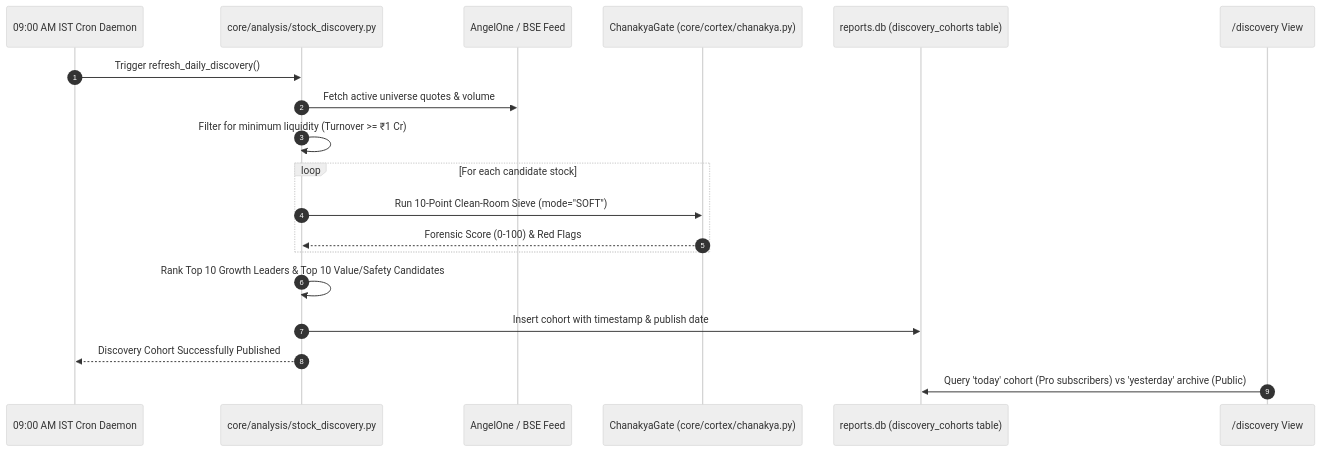
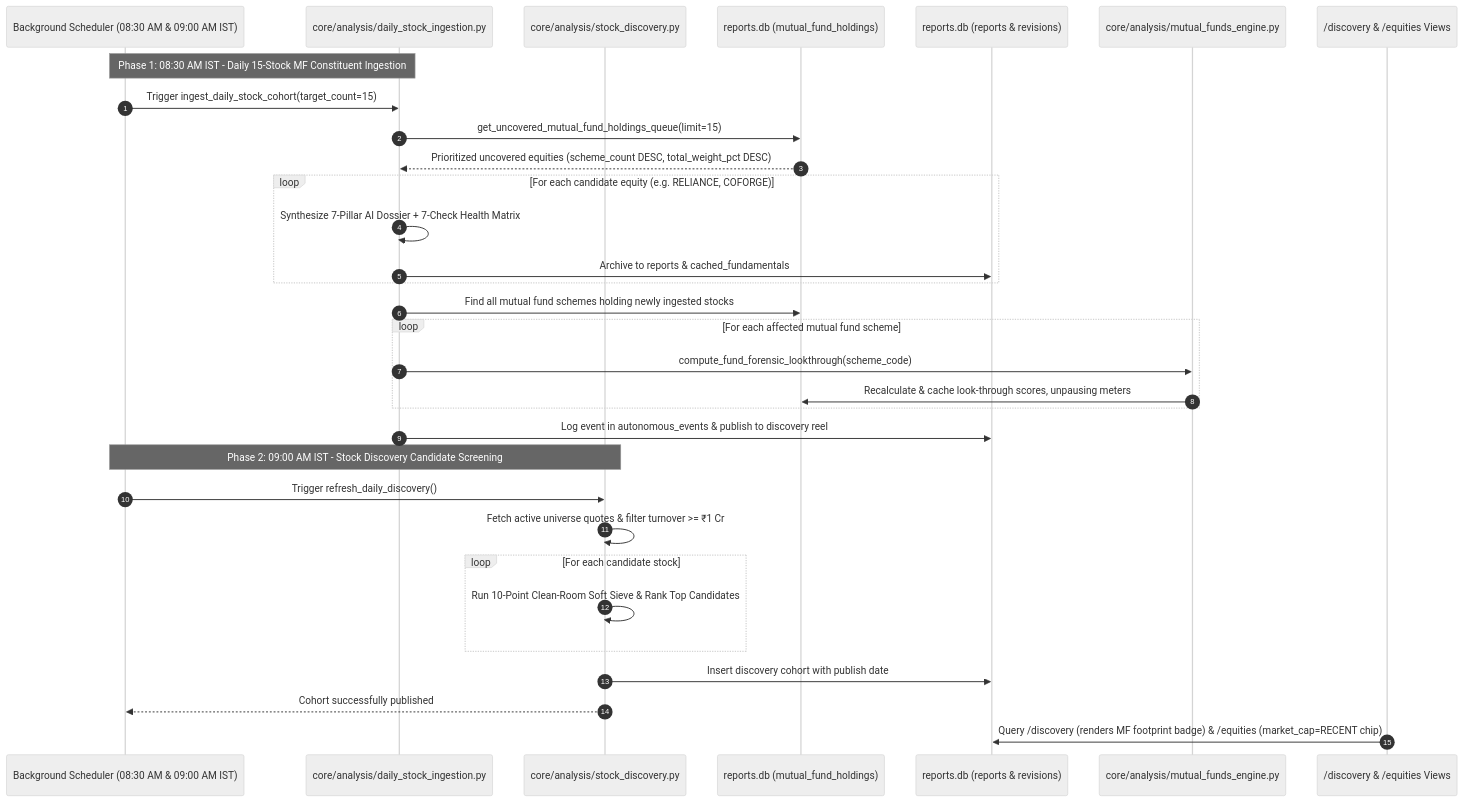
Before and after one commit to jaktheripper-bot/Stock_Research_App: the second of 3 diagrams in .antigravity/docs/EVALUATION_FRAMEWORKS.md, drawn with Mermaid (neutral theme). The commit also changed other lines of this file and 10 other files, not shown here.

Commit message:
feat(ingestion): implement daily 15-stock ingestion pipeline, mutual fund coverage saturation, and incremental look-through recalculation

````diff
--- a/.antigravity/docs/EVALUATION_FRAMEWORKS.md
+++ b/.antigravity/docs/EVALUATION_FRAMEWORKS.md
@@ -88,22 +91,37 @@
 ```mermaid
 sequenceDiagram
     autonumber
-    participant Cron as 09:00 AM IST Cron Daemon
+    participant Sched as Background Scheduler (08:30 AM & 09:00 AM IST)
+    participant Ingest as core/analysis/daily_stock_ingestion.py
     participant Disc as core/analysis/stock_discovery.py
-    participant Angel as AngelOne / BSE Feed
-    participant Chan as ChanakyaGate (core/cortex/chanakya.py)
-    participant DB as reports.db (discovery_cohorts table)
-    participant UI as /discovery View
+    participant MFDB as reports.db (mutual_fund_holdings)
+    participant RepDB as reports.db (reports & revisions)
+    participant FundEng as core/analysis/mutual_funds_engine.py
+    participant UI as /discovery & /equities Views
 
-    Cron->>Disc: Trigger refresh_daily_discovery()
-    Disc->>Angel: Fetch active universe quotes & volume
-    Disc->>Disc: Filter for minimum liquidity (Turnover >= ₹1 Cr)
+    Note over Sched, Ingest: Phase 1: 08:30 AM IST - Daily 15-Stock MF Constituent Ingestion
+    Sched->>Ingest: Trigger ingest_daily_stock_cohort(target_count=15)
+    Ingest->>MFDB: get_uncovered_mutual_fund_holdings_queue(limit=15)
+    MFDB-->>Ingest: Prioritized uncovered equities (scheme_count DESC, total_weight_pct DESC)
+    loop For each candidate equity (e.g. RELIANCE, COFORGE)
+        Ingest->>Ingest: Synthesize 7-Pillar AI Dossier + 7-Check Health Matrix
+        Ingest->>RepDB: Archive to reports & cached_fundamentals
+    end
+    Ingest->>MFDB: Find all mutual fund schemes holding newly ingested stocks
+    loop For each affected mutual fund scheme
+        Ingest->>FundEng: compute_fund_forensic_lookthrough(scheme_code)
+        FundEng->>MFDB: Recalculate & cache look-through scores, unpausing meters
+    end
+    Ingest->>RepDB: Log event in autonomous_events & publish to discovery reel
+
+    Note over Sched, Disc: Phase 2: 09:00 AM IST - Stock Discovery Candidate Screening
+    Sched->>Disc: Trigger refresh_daily_discovery()
+    Disc->>Disc: Fetch active universe quotes & filter turnover >= ₹1 Cr
     loop For each candidate stock
-        Disc->>Chan: Run 10-Point Clean-Room Sieve (mode="SOFT")
-        Chan-->>Disc: Forensic Score (0-100) & Red Flags
+        Disc->>Disc: Run 10-Point Clean-Room Soft Sieve & Rank Top Candidates
     end
-    Disc->>Disc: Rank Top 10 Growth Leaders & Top 10 Value/Safety Candidates
-    Disc->>DB: Insert cohort with timestamp & publish date
-    Disc-->>Cron: Discovery Cohort Successfully Published
-    UI->>DB: Query 'today' cohort (Pro subscribers) vs 'yesterday' archive (Public)
+    Disc->>RepDB: Insert discovery cohort with publish date
+    Disc-->>Sched: Cohort successfully published
+
+    UI->>RepDB: Query /discovery (renders MF footprint badge) & /equities (market_cap=RECENT chip)
 ```
````
